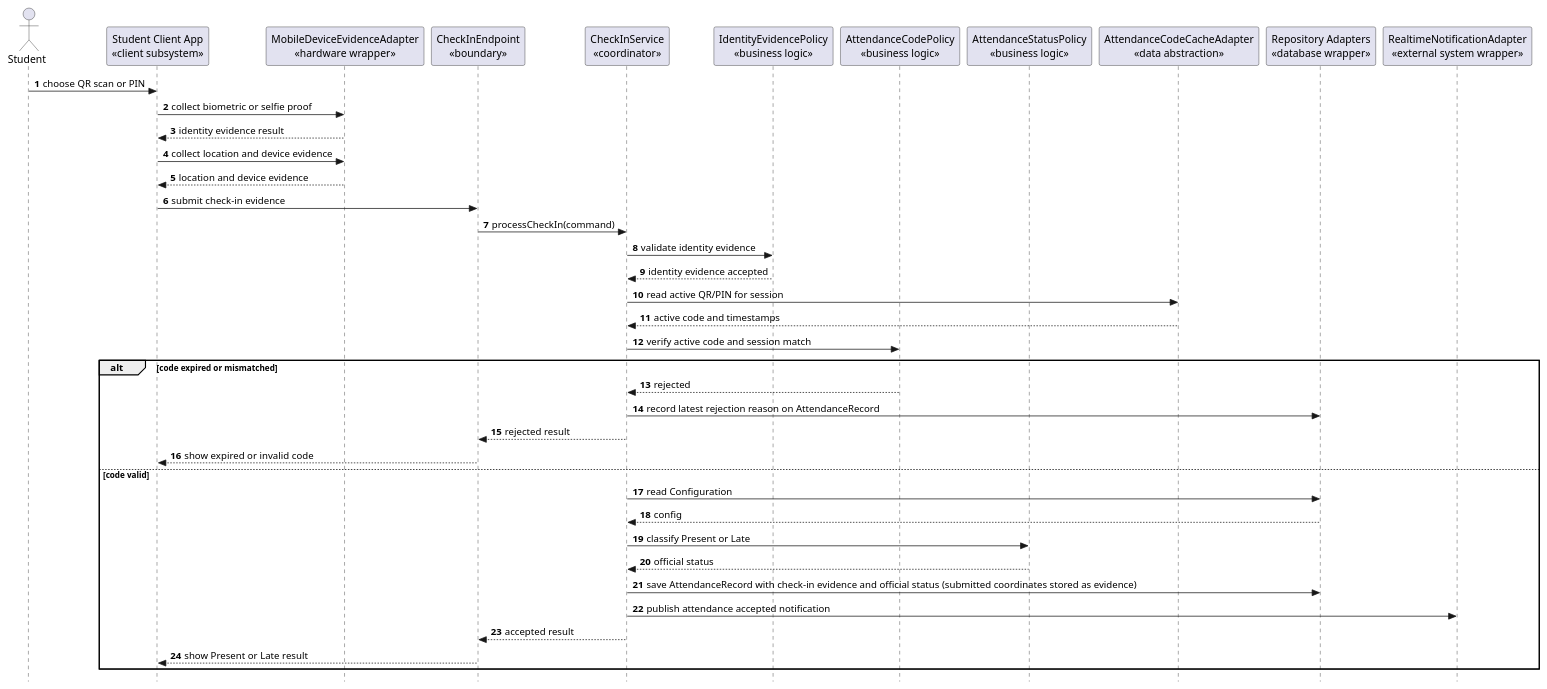
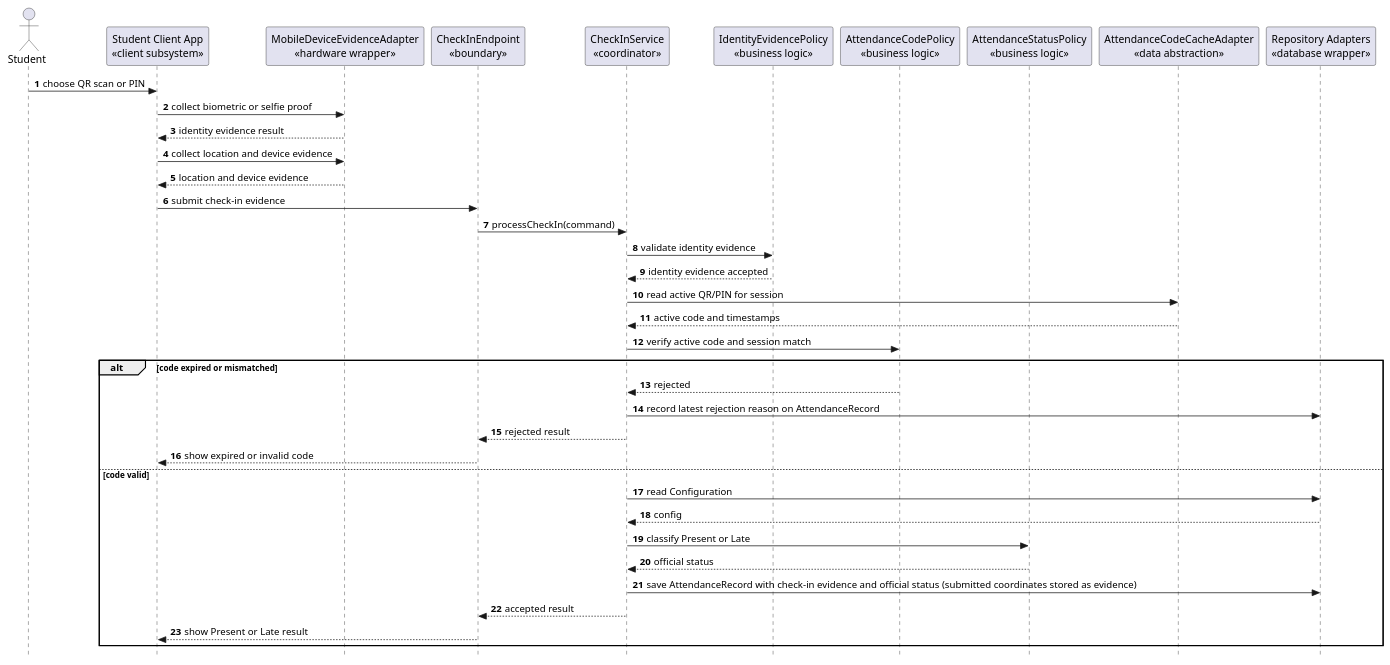
One commit to nttung42/SWD392 changed the fourth of 7 diagrams in docs/rds/3_Design.md. Above: the diagram before and after it, drawn with PlantUML. The commit also changed other lines of this file, not shown here.

````diff
--- a/docs/rds/3_Design.md
+++ b/docs/rds/3_Design.md
@@ -344,47 +344,45 @@
 ```plantuml
 @startuml
 skinparam style strictuml
 autonumber
 
 actor "Student" as Student
 participant "Student Client App\n«client subsystem»" as StudentApp
 participant "MobileDeviceEvidenceAdapter\n«hardware wrapper»" as DeviceAdapter
 participant "CheckInEndpoint\n«boundary»" as CheckInEndpoint
 participant "CheckInService\n«coordinator»" as CheckInService
 participant "IdentityEvidencePolicy\n«business logic»" as IdentityPolicy
 participant "AttendanceCodePolicy\n«business logic»" as CodePolicy
 participant "AttendanceStatusPolicy\n«business logic»" as StatusPolicy
 participant "AttendanceCodeCacheAdapter\n«data abstraction»" as CodeCache
 participant "Repository Adapters\n«database wrapper»" as Repository
-participant "RealtimeNotificationAdapter\n«external system wrapper»" as Realtime
 
 Student -> StudentApp : choose QR scan or PIN
 StudentApp -> DeviceAdapter : collect biometric or selfie proof
 DeviceAdapter --> StudentApp : identity evidence result
 StudentApp -> DeviceAdapter : collect location and device evidence
 DeviceAdapter --> StudentApp : location and device evidence
 StudentApp -> CheckInEndpoint : submit check-in evidence
 CheckInEndpoint -> CheckInService : processCheckIn(command)
 CheckInService -> IdentityPolicy : validate identity evidence
 IdentityPolicy --> CheckInService : identity evidence accepted
 CheckInService -> CodeCache : read active QR/PIN for session
 CodeCache --> CheckInService : active code and timestamps
 CheckInService -> CodePolicy : verify active code and session match
 
 alt code expired or mismatched
   CodePolicy --> CheckInService : rejected
   CheckInService -> Repository : record latest rejection reason on AttendanceRecord
   CheckInService --> CheckInEndpoint : rejected result
   CheckInEndpoint --> StudentApp : show expired or invalid code
 else code valid
   CheckInService -> Repository : read Configuration
   Repository --> CheckInService : config
   CheckInService -> StatusPolicy : classify Present or Late
   StatusPolicy --> CheckInService : official status
   CheckInService -> Repository : save AttendanceRecord with check-in evidence and official status (submitted coordinates stored as evidence)
-  CheckInService -> Realtime : publish attendance accepted notification
   CheckInService --> CheckInEndpoint : accepted result
   CheckInEndpoint --> StudentApp : show Present or Late result
 end
 @enduml
 ```
````
